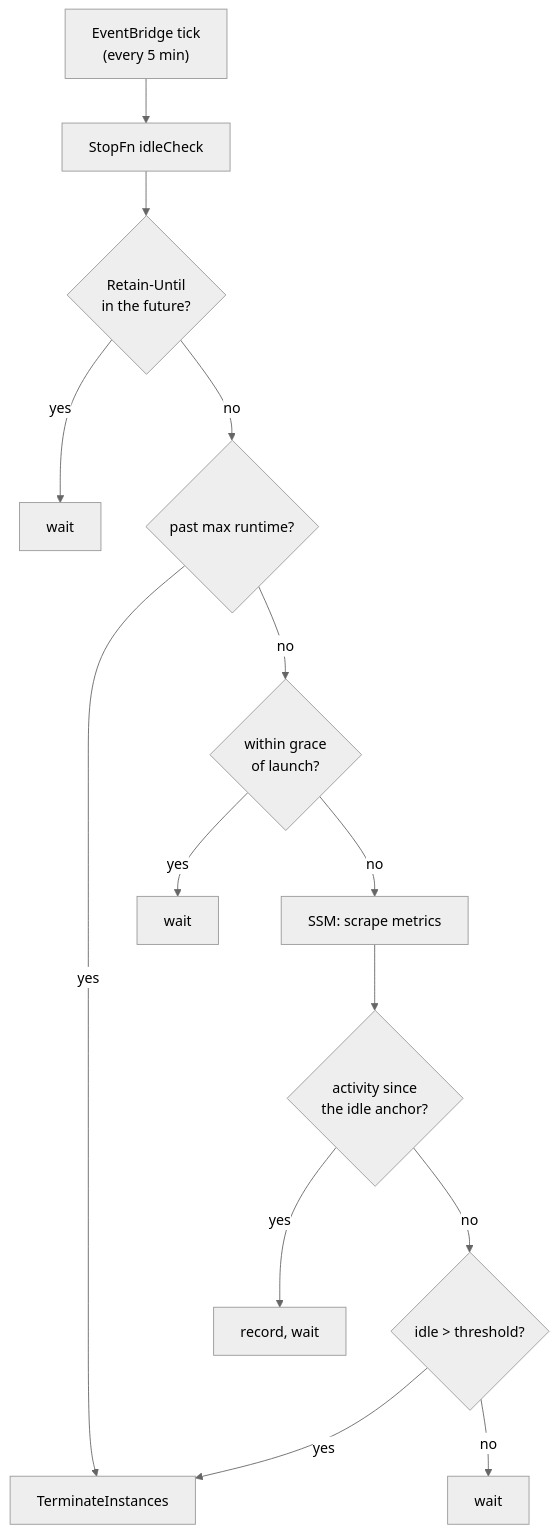
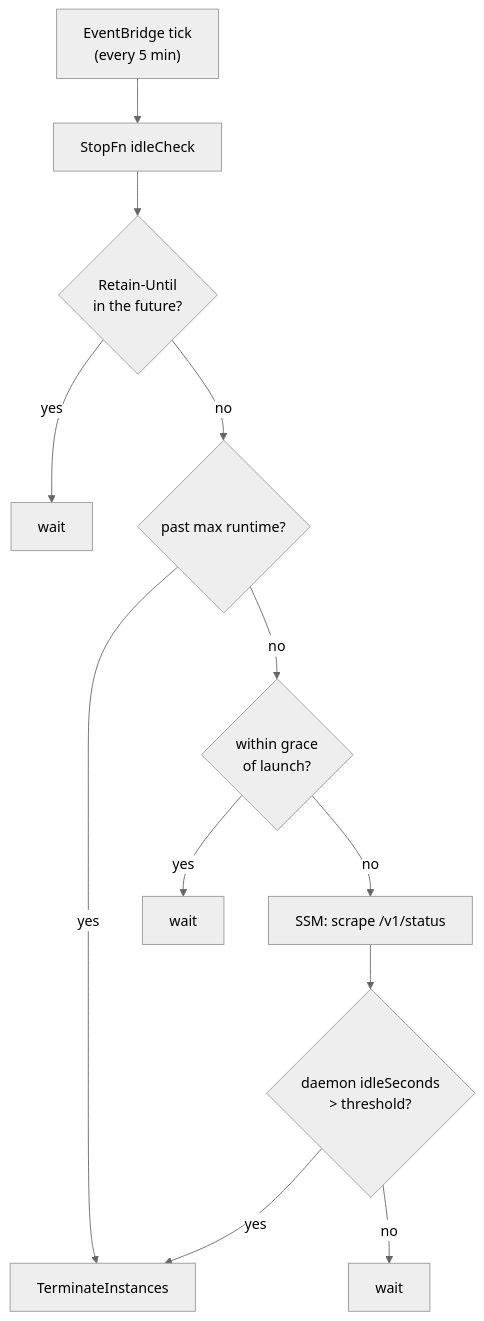
The fourth of 4 diagrams in remote/docs/architecture.md (lucinate-ai/outfit), drawn with Mermaid (neutral theme) before and after one commit. The commit also changed other lines of this file and 21 other files, not shown here.

First line of the commit message:
feat(daemon): own idle detection and expose last-active time

````diff
--- a/remote/docs/architecture.md
+++ b/remote/docs/architecture.md
@@ -164,16 +168,14 @@
 ```mermaid
 flowchart TB
   tick["EventBridge tick<br/>(every 5 min)"] --> stop["StopFn idleCheck"]
   stop --> retain{"Retain-Until<br/>in the future?"}
   retain -->|yes| wait1["wait"]
   retain -->|no| cap{"past max runtime?"}
   cap -->|yes| term["TerminateInstances"]
   cap -->|no| grace{"within grace<br/>of launch?"}
   grace -->|yes| wait2["wait"]
-  grace -->|no| scrape["SSM: scrape metrics"]
-  scrape --> active{"activity since<br/>the idle anchor?"}
-  active -->|yes| upd["record, wait"]
-  active -->|no| idle{"idle > threshold?"}
+  grace -->|no| scrape["SSM: scrape /v1/status"]
+  scrape --> idle{"daemon idleSeconds<br/>> threshold?"}
   idle -->|yes| term
   idle -->|no| wait3["wait"]
 ```
````
